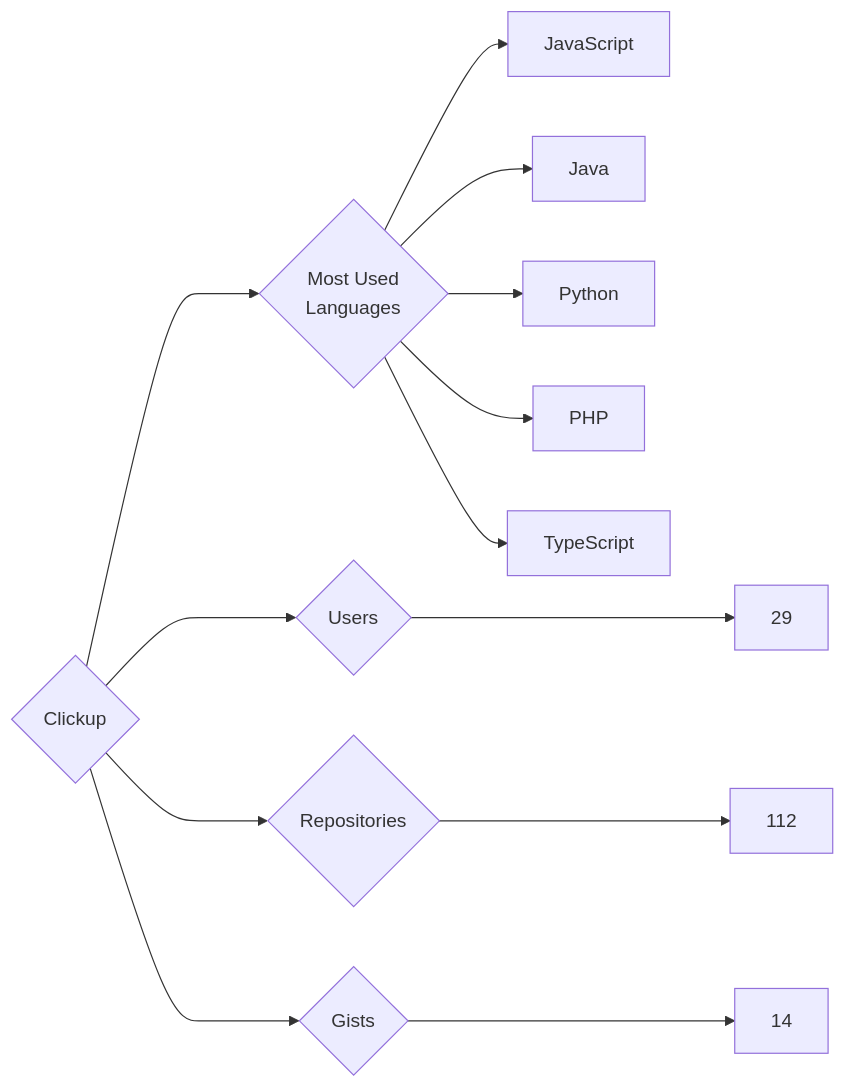
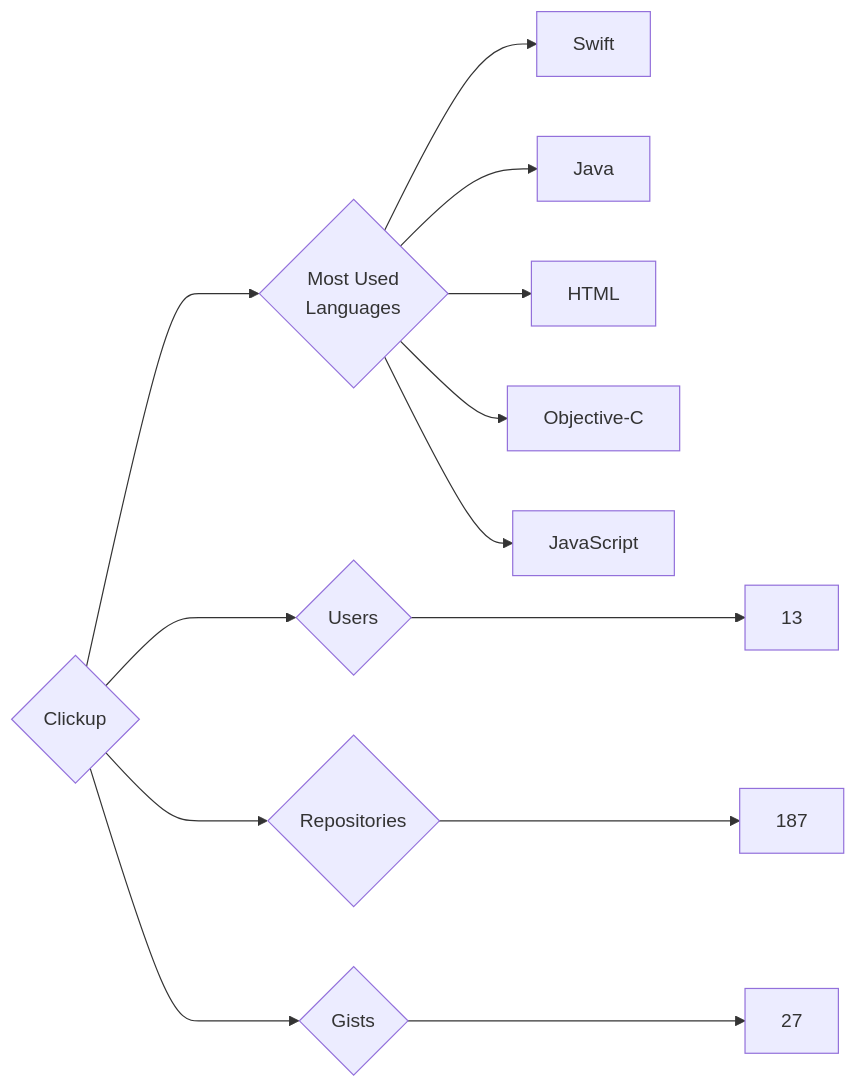
Before and after one commit to trickest/insiders: the diagram in targets/Clickup/README.md, drawn with Mermaid. The commit also changed 874 other files, not shown here.

````diff
--- a/targets/Clickup/README.md
+++ b/targets/Clickup/README.md
@@ -3,13 +3,13 @@
 ```mermaid
 graph LR
 COMPANY_NAME{Clickup}
-COMPANY_NAME ---> U{Users} ---> UN[29]
-COMPANY_NAME ---> R{Repositories} ---> RN[112]
-COMPANY_NAME ---> G{Gists} ---> GN[14]
+COMPANY_NAME ---> U{Users} ---> UN[13]
+COMPANY_NAME ---> R{Repositories} ---> RN[187]
+COMPANY_NAME ---> G{Gists} ---> GN[27]
 COMPANY_NAME ---> ML{Most Used<br>Languages}
+ML --> Swift[Swift]
+ML --> Java[Java]
+ML --> HTML[HTML]
+ML --> Objective-C[Objective-C]
 ML --> JavaScript[JavaScript]
-ML --> Java[Java]
-ML --> Python[Python]
-ML --> PHP[PHP]
-ML --> TypeScript[TypeScript]
 ```
````
